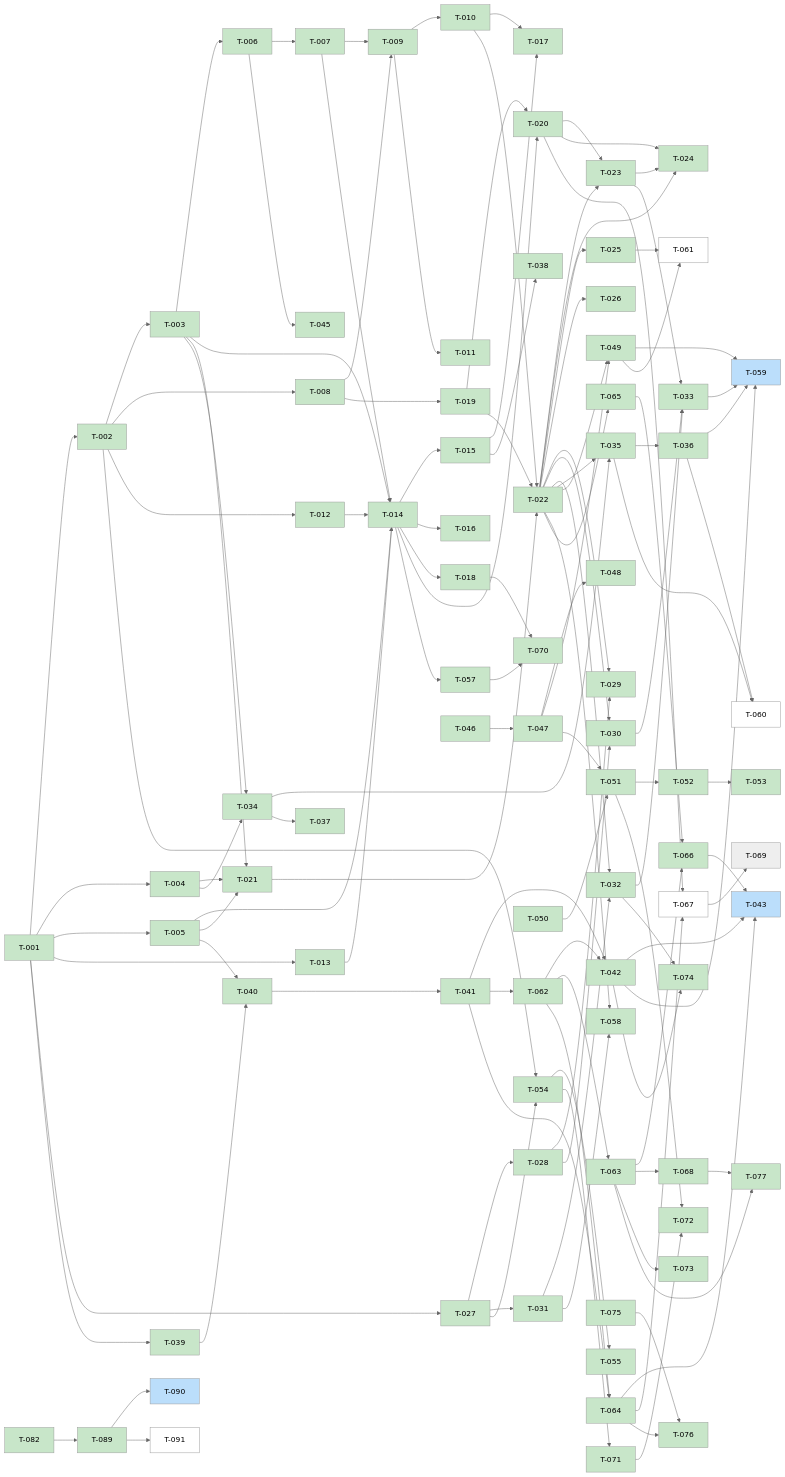
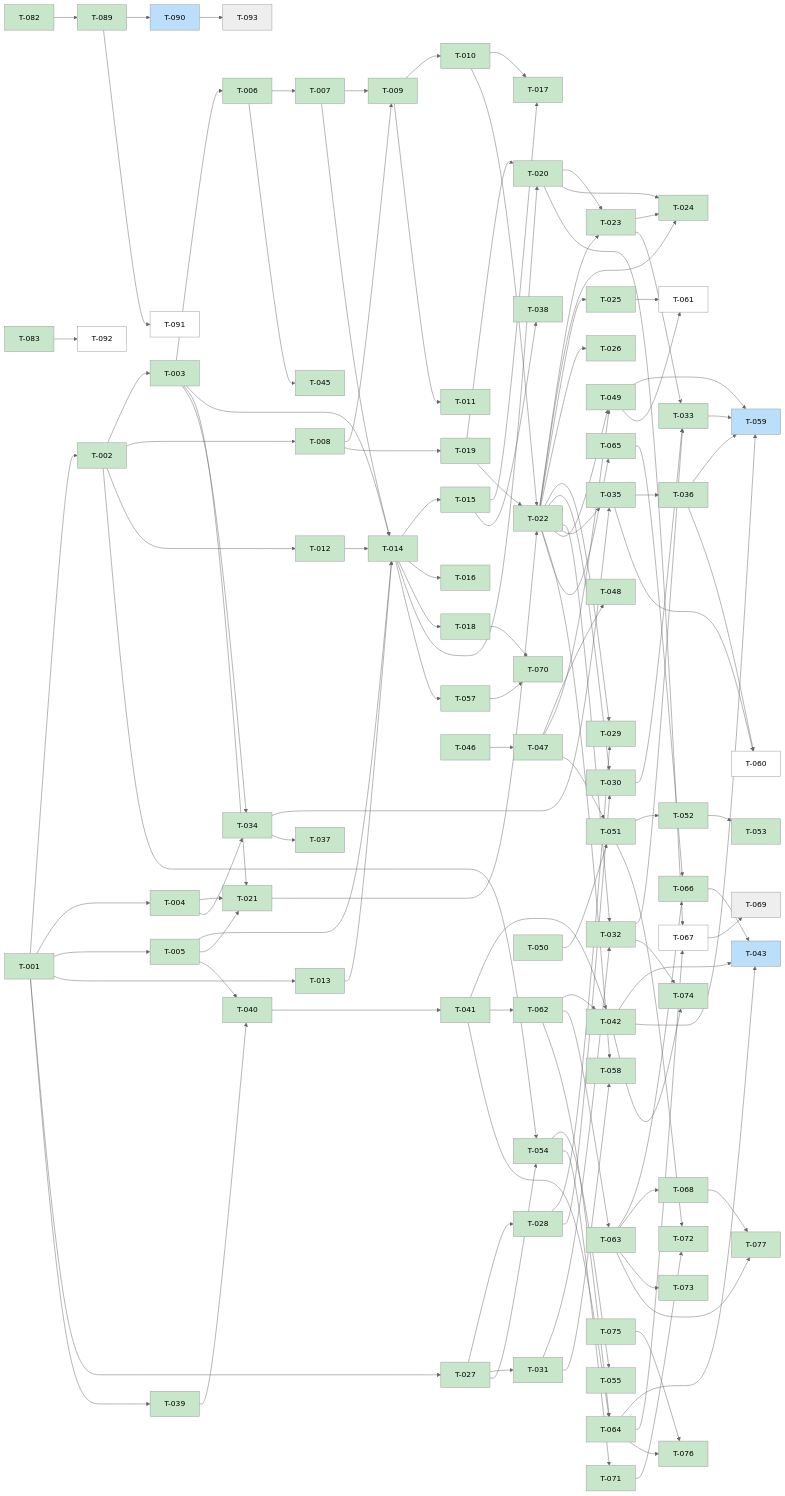
Before and after one commit to scholtz/biatec-chat: the diagram in kanban/BOARD.md, drawn with Mermaid (neutral theme). The commit also changed other lines of this file and 2 other files, not shown here.

Commit message:
kanban: new T-092, T-093 (proposed by T-083, T-090)

````diff
--- a/kanban/BOARD.md
+++ b/kanban/BOARD.md
@@ -243,6 +245,8 @@
   T082[T-082] --> T089[T-089]
   T089[T-089] --> T090[T-090]
   T089[T-089] --> T091[T-091]
+  T083[T-083] --> T092[T-092]
+  T090[T-090] --> T093[T-093]
   classDef done fill:#c8e6c9
   classDef review fill:#fff9c4
   classDef inprogress fill:#bbdefb
@@ -250,6 +254,6 @@
   classDef blocked fill:#eeeeee
   class T001,T002,T003,T004,T005,T006,T007,T008,T009,T010,T011,T012,T013,T014,T015,T016,T017,T018,T019,T020,T021,T022,T023,T024,T025,T026,T027,T028,T029,T030,T031,T032,T033,T034,T035,T036,T037,T038,T039,T040,T041,T042,T044,T045,T046,T047,T048,T049,T050,T051,T052,T053,T054,T055,T056,T057,T058,T062,T063,T064,T065,T066,T068,T070,T071,T072,T073,T074,T075,T076,T077,T078,T079,T080,T082,T083,T084,T089 done
   class T059,T090,T043,T081 inprogress
-  class T087,T088,T060,T061,T067,T085,T086,T091 backlog
-  class T069 blocked
+  class T087,T088,T060,T061,T067,T085,T086,T091,T092 backlog
+  class T069,T093 blocked
 ```
````
